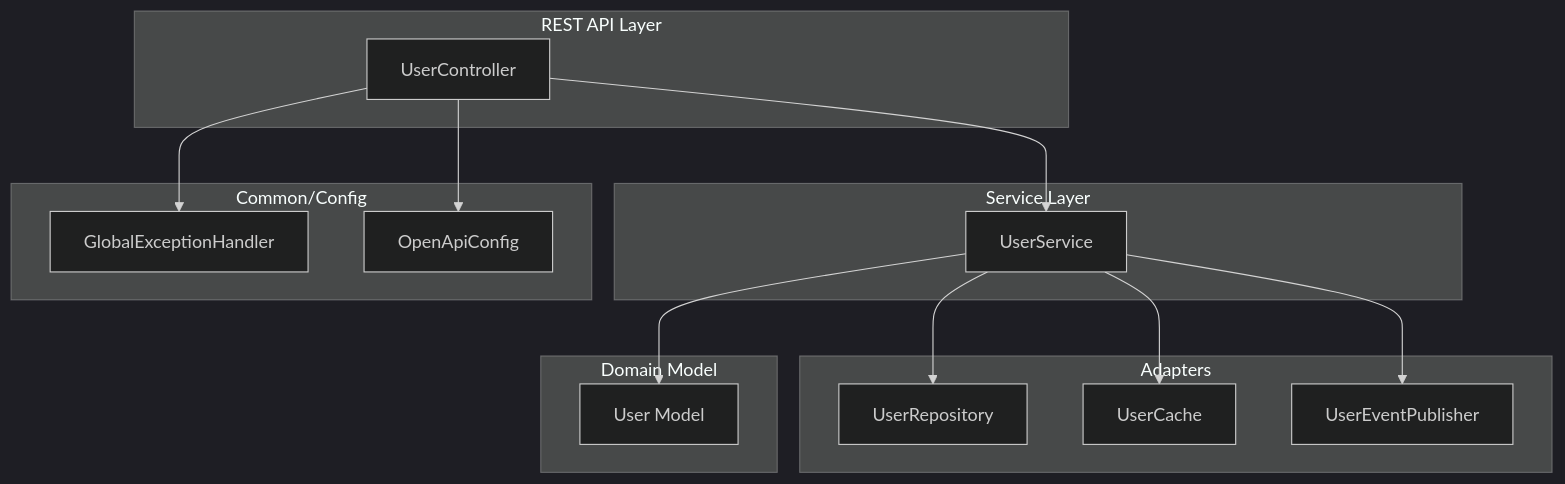
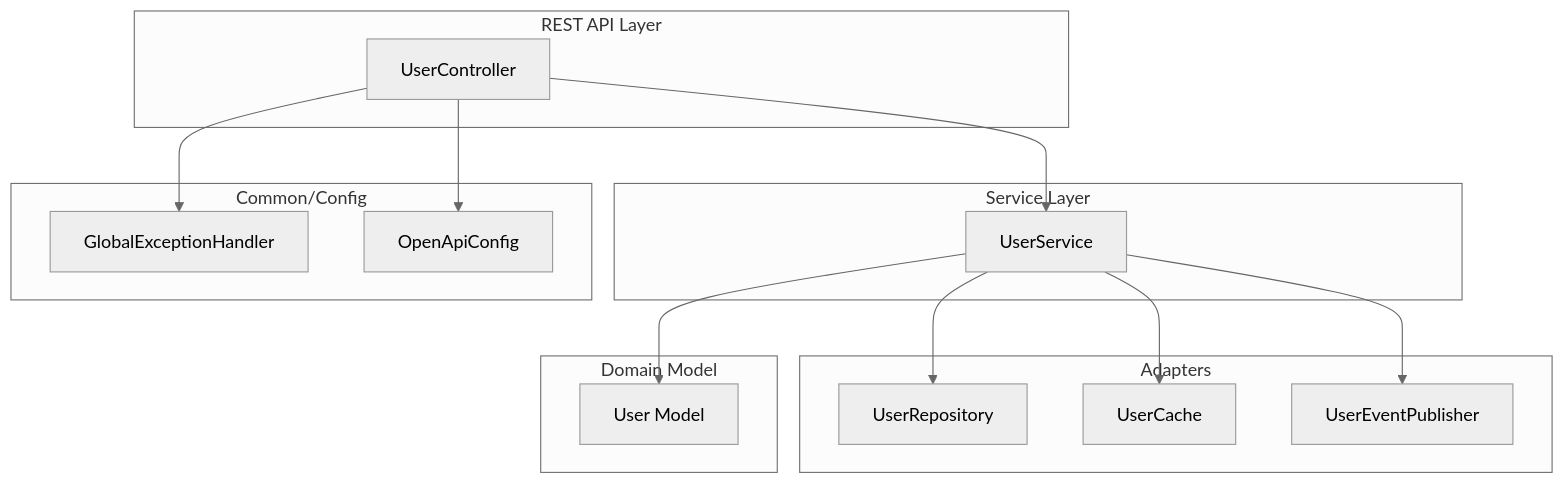
The first of 2 diagrams in src/java/java-spring-boot_user-service/README.md (coyote7wolf/coyote7wolf), drawn with Mermaid before and after one commit. The commit also changed other lines of this file, not shown here.

Commit message:
✨ docs(README): update mermaid diagram theme from dark to neutral

````diff
--- a/src/java/java-spring-boot_user-service/README.md
+++ b/src/java/java-spring-boot_user-service/README.md
@@ -7,29 +7,29 @@
 ```mermaid
-%%{init: {"theme":"dark"}}%%
+%%{init: {"theme":"neutral"}}%%
 flowchart TD
   subgraph API[REST API Layer]
     userController[UserController]
   end
   subgraph Service[Service Layer]
     userService[UserService]
   end
   subgraph Adapter[Adapters]
     userRepository[UserRepository]
     userCache[UserCache]
     userEventPublisher[UserEventPublisher]
   end
   subgraph Domain[Domain Model]
     userModel[User Model]
   end
   subgraph Common[Common/Config]
     globalExceptionHandler[GlobalExceptionHandler]
     openApiConfig[OpenApiConfig]
   end
   userController --> userService
   userService --> userRepository
   userService --> userCache
   userService --> userEventPublisher
   userService --> userModel
   userController --> globalExceptionHandler
   userController --> openApiConfig
 ```
````
